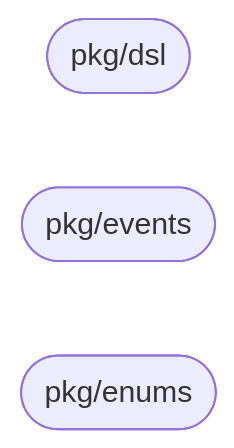
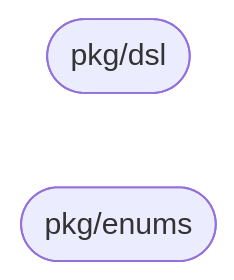
One commit to BCBP-SOLUTIONS-FZC-LLC/workflow-models changed the diagram in ARCHITECTURE.md. Above: the diagram before and after it, drawn with Mermaid. The commit also changed other lines of this file and 11 other files, not shown here.

First line of the commit message:
refactor: remove pkg/events (workflow.template.published retired)

````diff
--- a/ARCHITECTURE.md
+++ b/ARCHITECTURE.md
@@ -31,6 +30,5 @@
 ```mermaid
 graph LR
     dsl(["pkg/dsl"])
-    events(["pkg/events"])
     enums(["pkg/enums"])
 ```
````
